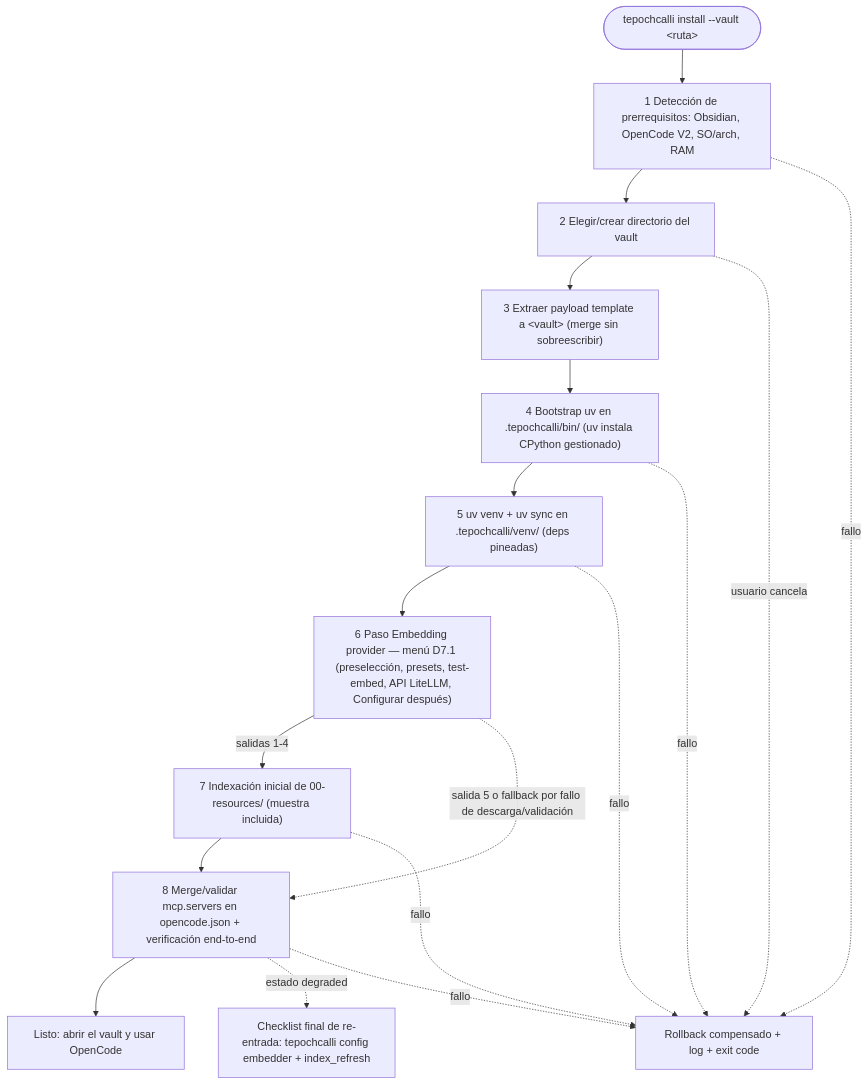
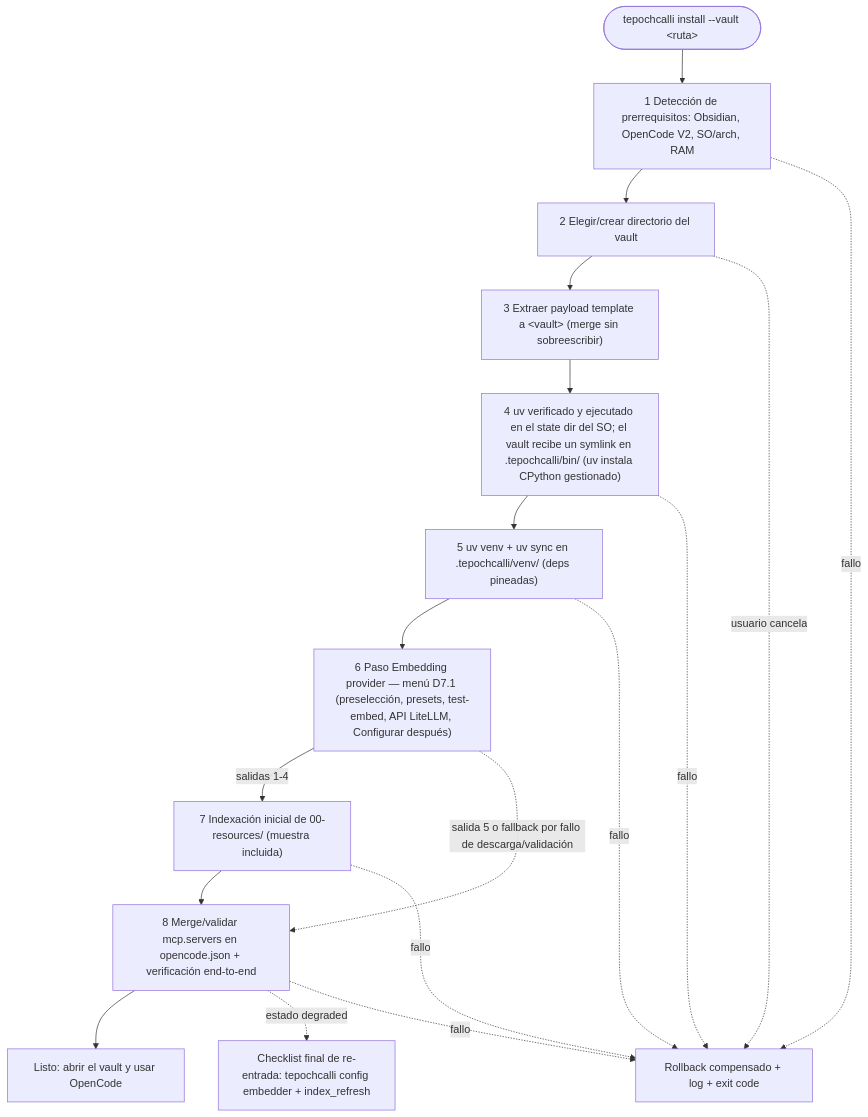
The first of 2 diagrams in specs/spec-installer-wizard.md (Fisherk2/tepochcalli-opencode), drawn with Mermaid before and after one commit. The commit also changed other lines of this file and 55 other files, not shown here.

````diff
--- a/specs/spec-installer-wizard.md
+++ b/specs/spec-installer-wizard.md
@@ -49,20 +49,20 @@
 ```mermaid
 flowchart TD
     S(["tepochcalli install --vault &lt;ruta&gt;"]) --> F1["1 Detección de prerrequisitos: Obsidian, OpenCode V2, SO/arch, RAM"]
     F1 --> F2["2 Elegir/crear directorio del vault"]
     F2 --> F3["3 Extraer payload template a &lt;vault&gt; (merge sin sobreescribir)"]
-    F3 --> F4["4 Bootstrap uv en .tepochcalli/bin/ (uv instala CPython gestionado)"]
+    F3 --> F4["4 uv verificado y ejecutado en el state dir del SO; el vault recibe un symlink en .tepochcalli/bin/ (uv instala CPython gestionado)"]
     F4 --> F5["5 uv venv + uv sync en .tepochcalli/venv/ (deps pineadas)"]
     F5 --> F6["6 Paso Embedding provider — menú D7.1 (preselección, presets, test-embed, API LiteLLM, Configurar después)"]
     F6 -->|"salidas 1-4"| F7["7 Indexación inicial de 00-resources/ (muestra incluida)"]
     F6 -.->|"salida 5 o fallback por fallo de descarga/validación"| F8
     F7 --> F8["8 Merge/validar mcp.servers en opencode.json + verificación end-to-end"]
     F8 --> OK["Listo: abrir el vault y usar OpenCode"]
     F8 -.->|"estado degraded"| CHK["Checklist final de re-entrada: tepochcalli config embedder + index_refresh"]
     F1 -. fallo .-> X["Rollback compensado + log + exit code"]
     F4 -. fallo .-> X
     F5 -. fallo .-> X
     F7 -. fallo .-> X
     F8 -. fallo .-> X
     F2 -. usuario cancela .-> X
 ```
````
